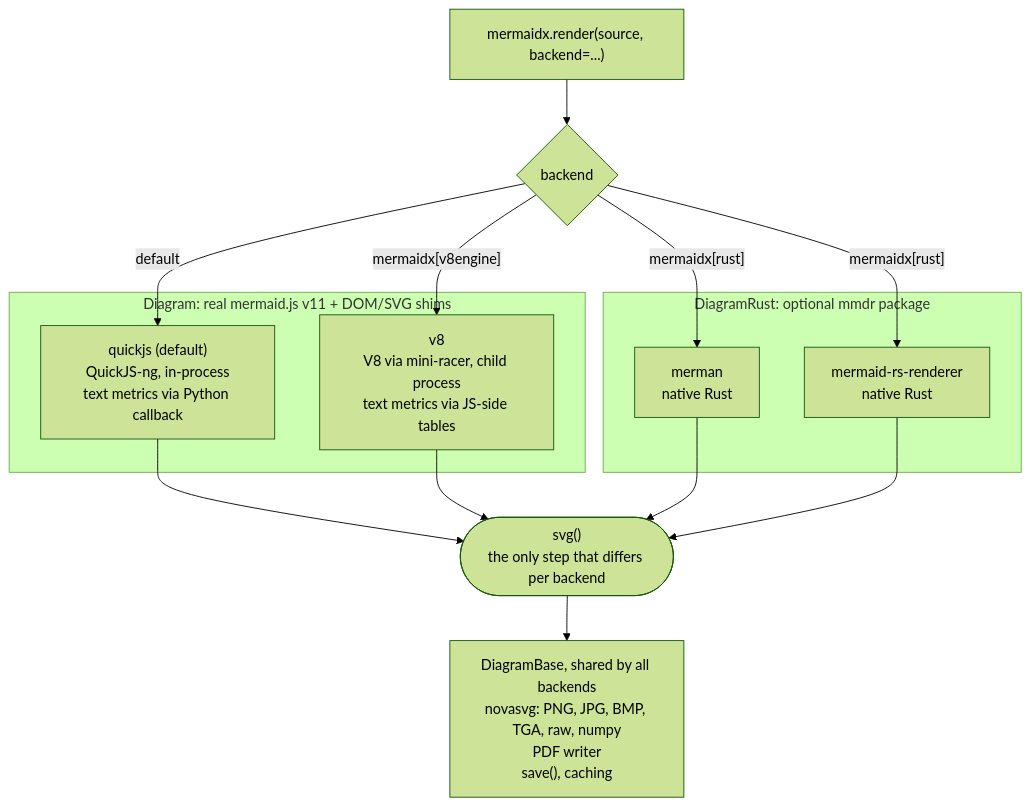
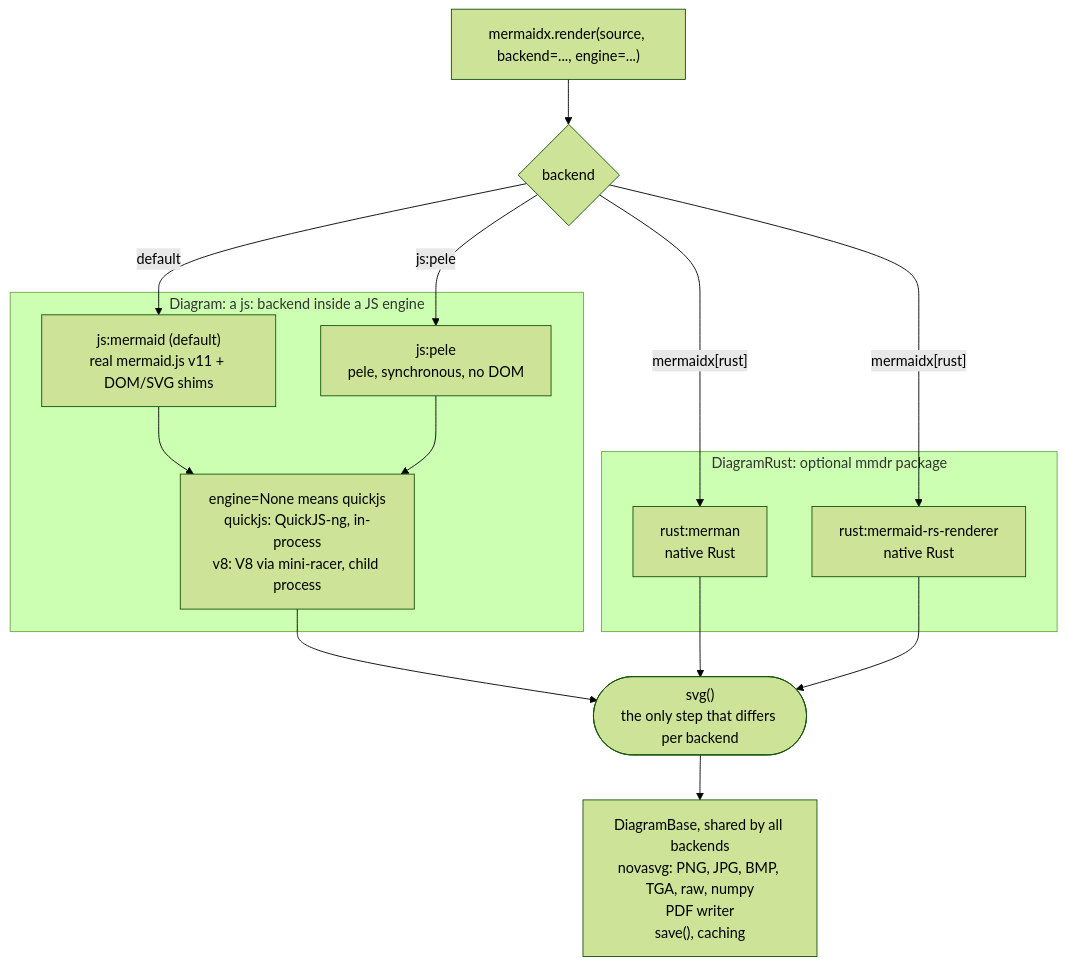
The second of 2 diagrams in README.md (MohammadRaziei/mermaidx), drawn with Mermaid (forest theme) before and after one commit. The commit also changed other lines of this file and 23 other files, not shown here.

First line of the commit message:
feat(backend): major refactor with breaking changes, new pele renderer, and renamed rust/mjs backends

````diff
--- a/README.md
+++ b/README.md
@@ -179,26 +191,28 @@
 ```mermaid
 flowchart TB
-    CALL["mermaidx.render(source, backend=...)"] --> PICK{"backend"}
+    CALL["mermaidx.render(source, backend=..., engine=...)"] --> PICK{"backend"}
 
-    subgraph JSB ["Diagram: real mermaid.js v11 + DOM/SVG shims"]
-        QJ["quickjs (default)<br/>QuickJS-ng, in-process<br/>text metrics via Python callback"]
-        V8["v8<br/>V8 via mini-racer, child process<br/>text metrics via JS-side tables"]
+    subgraph JSB ["Diagram: a js: backend inside a JS engine"]
+        MJ["js:mermaid (default)<br/>real mermaid.js v11 + DOM/SVG shims"]
+        PE["js:pele<br/>pele, synchronous, no DOM"]
+        ENG["engine=None means quickjs<br/>quickjs: QuickJS-ng, in-process<br/>v8: V8 via mini-racer, child process"]
+        MJ --> ENG
+        PE --> ENG
     end
 
     subgraph RSB ["DiagramRust: optional mmdr package"]
-        MM["merman<br/>native Rust"]
-        MR["mermaid-rs-renderer<br/>native Rust"]
+        MM["rust:merman<br/>native Rust"]
+        MR["rust:mermaid-rs-renderer<br/>native Rust"]
     end
 
-    PICK -->|"default"| QJ
-    PICK -->|"mermaidx[v8engine]"| V8
+    PICK -->|"default"| MJ
+    PICK -->|"js:pele"| PE
     PICK -->|"mermaidx[rust]"| MM
     PICK -->|"mermaidx[rust]"| MR
 
-    QJ --> SVG
-    V8 --> SVG
+    ENG --> SVG
     MM --> SVG
     MR --> SVG
 
     SVG(["svg()<br/>the only step that differs per backend"]) --> SHARED["DiagramBase, shared by all backends<br/>novasvg: PNG, JPG, BMP, TGA, raw, numpy<br/>PDF writer<br/>save(), caching"]
 ```
````
